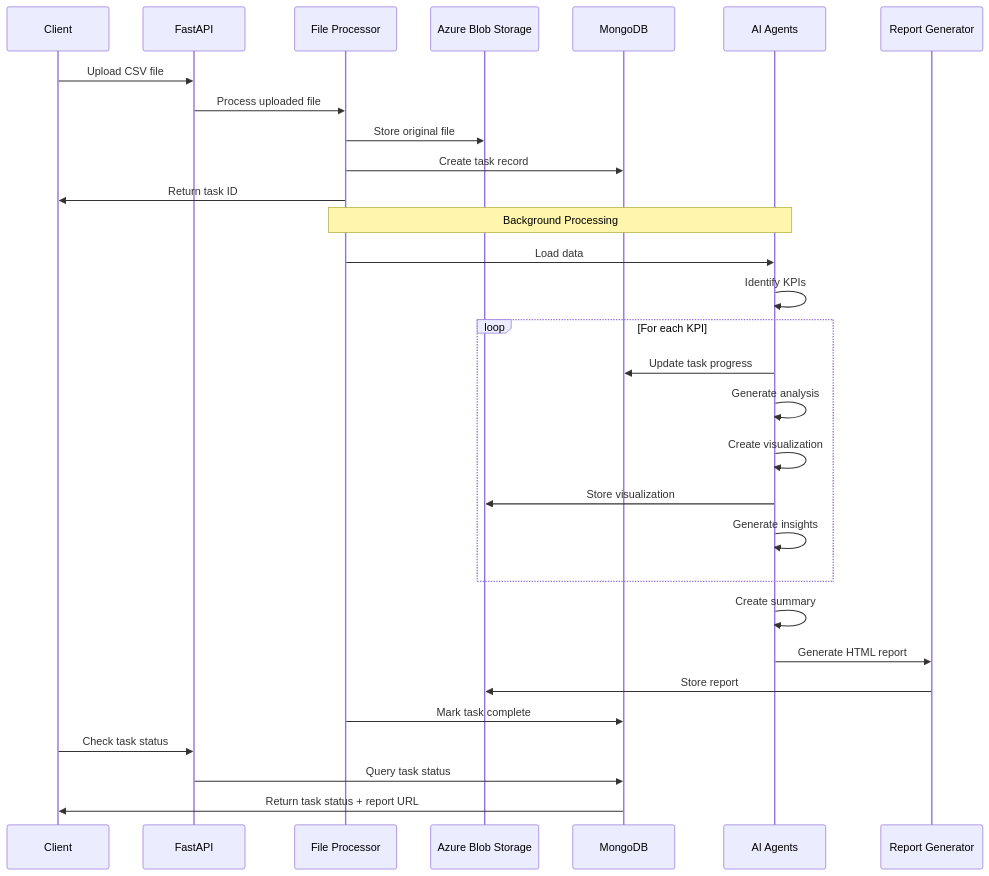
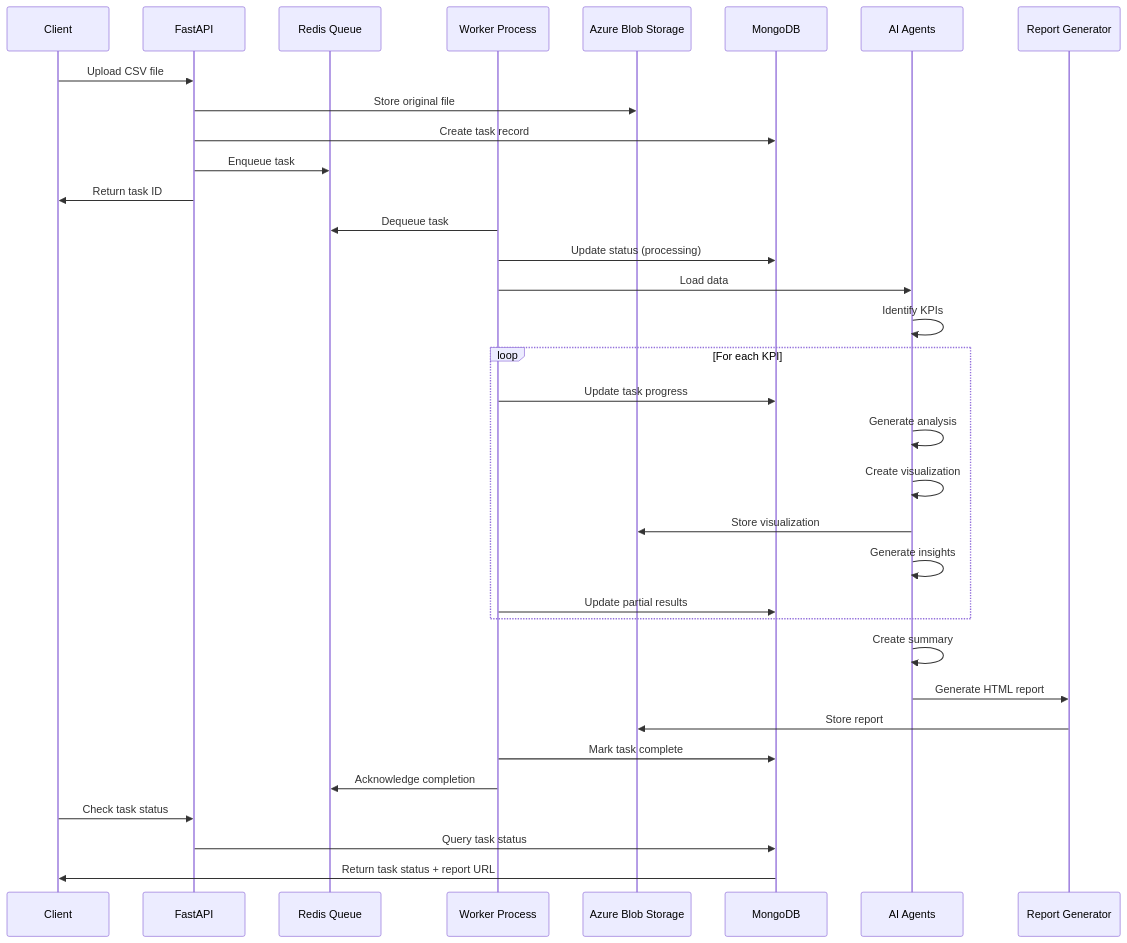
One commit to aditya699/deep-analysis changed the third of 4 diagrams in README.md. Above: the diagram before and after it, drawn with Mermaid. The commit also changed other lines of this file and 1 other file, not shown here.

Commit message:
added reamde and queue

````diff
--- a/README.md
+++ b/README.md
@@ -34,38 +128,42 @@
 ```mermaid
 sequenceDiagram
     participant Client
     participant API as FastAPI
-    participant FileProc as File Processor
+    participant Redis as Redis Queue
+    participant Worker as Worker Process
     participant Blob as Azure Blob Storage
     participant DB as MongoDB
     participant Agents as AI Agents
     participant Report as Report Generator
 
     Client->>API: Upload CSV file
-    API->>FileProc: Process uploaded file
-    FileProc->>Blob: Store original file
-    FileProc->>DB: Create task record
-    FileProc->>Client: Return task ID
+    API->>Blob: Store original file
+    API->>DB: Create task record
+    API->>Redis: Enqueue task
+    API->>Client: Return task ID
     
-    Note over FileProc,Agents: Background Processing
+    Worker->>Redis: Dequeue task
+    Worker->>DB: Update status (processing)
     
-    FileProc->>Agents: Load data
+    Worker->>Agents: Load data
     Agents->>Agents: Identify KPIs
     
     loop For each KPI
-        Agents->>DB: Update task progress
+        Worker->>DB: Update task progress
         Agents->>Agents: Generate analysis
         Agents->>Agents: Create visualization
         Agents->>Blob: Store visualization
         Agents->>Agents: Generate insights
+        Worker->>DB: Update partial results
     end
     
     Agents->>Agents: Create summary
     Agents->>Report: Generate HTML report
     Report->>Blob: Store report
-    FileProc->>DB: Mark task complete
+    Worker->>DB: Mark task complete
+    Worker->>Redis: Acknowledge completion
     
     Client->>API: Check task status
     API->>DB: Query task status
     DB->>Client: Return task status + report URL
 ```
````
